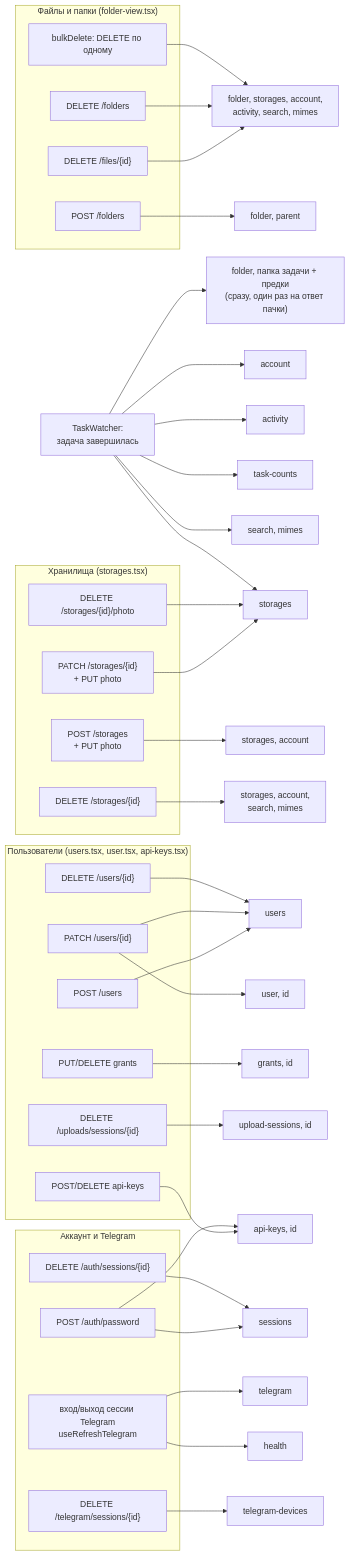
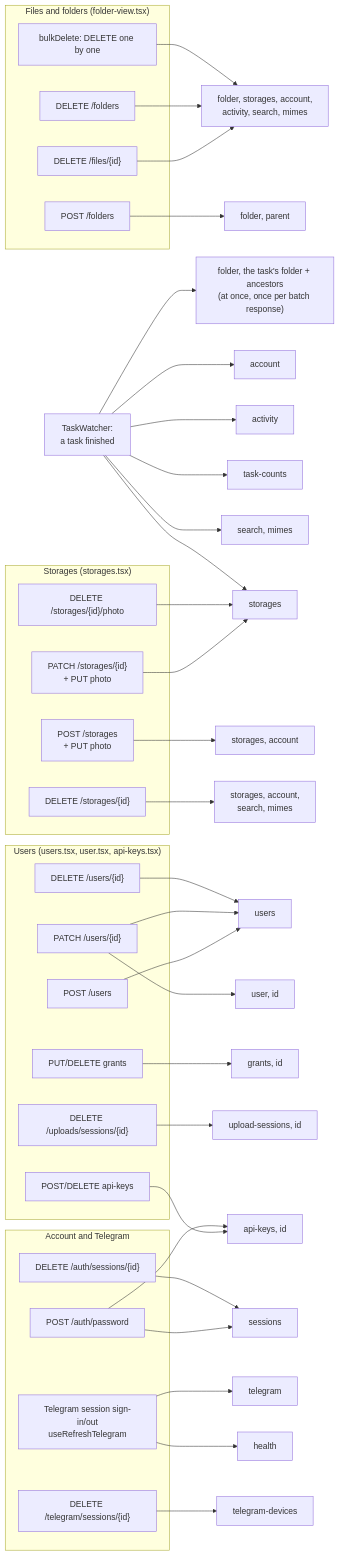
The first of 5 diagrams in docs/data-flow.md (NikitkaZXC/tcloud-frontend), drawn with Mermaid before and after one commit. The commit also changed other lines of this file and 8 other files, not shown here.

````diff
--- a/docs/data-flow.md
+++ b/docs/data-flow.md
@@ -39,56 +40,56 @@
 ```mermaid
 flowchart LR
-    subgraph files["Файлы и папки (folder-view.tsx)"]
+    subgraph files["Files and folders (folder-view.tsx)"]
         delFile["DELETE /files/{id}"]
         delFolder["DELETE /folders"]
-        bulk["bulkDelete: DELETE по одному"]
+        bulk["bulkDelete: DELETE one by one"]
         mkdir["POST /folders"]
     end
-    subgraph st["Хранилища (storages.tsx)"]
+    subgraph st["Storages (storages.tsx)"]
         stCreate["POST /storages<br/>+ PUT photo"]
         stSave["PATCH /storages/{id}<br/>+ PUT photo"]
         stPhoto["DELETE /storages/{id}/photo"]
         stDel["DELETE /storages/{id}"]
     end
-    subgraph adm["Пользователи (users.tsx, user.tsx, api-keys.tsx)"]
+    subgraph adm["Users (users.tsx, user.tsx, api-keys.tsx)"]
         uCreate["POST /users"]
         uPatch["PATCH /users/{id}"]
         uDel["DELETE /users/{id}"]
         grant["PUT/DELETE grants"]
         key["POST/DELETE api-keys"]
         upSess["DELETE /uploads/sessions/{id}"]
     end
-    subgraph acc["Аккаунт и Telegram"]
+    subgraph acc["Account and Telegram"]
         pwd["POST /auth/password"]
         sess["DELETE /auth/sessions/{id}"]
-        tgStep["вход/выход сессии Telegram<br/>useRefreshTelegram"]
+        tgStep["Telegram session sign-in/out<br/>useRefreshTelegram"]
         dev["DELETE /telegram/sessions/{id}"]
     end
-    watcher["TaskWatcher:<br/>задача завершилась"]
+    watcher["TaskWatcher:<br/>a task finished"]
 
     delFile & delFolder & bulk --> kDeleted["folder, storages, account,<br/>activity, search, mimes"]
     mkdir --> kFolderP["folder, parent"]
     stCreate --> kStorageAcc["storages, account"]
     stSave --> kStorages["storages"]
     stPhoto --> kStorages
     stDel --> kStorageDel["storages, account,<br/>search, mimes"]
     uCreate --> kUsers["users"]
     uPatch --> kUsers
     uPatch --> kUser["user, id"]
     uDel --> kUsers
     grant --> kGrants["grants, id"]
     key --> kKeys["api-keys, id"]
     upSess --> kUpSess["upload-sessions, id"]
     pwd --> kSessions["sessions"]
     pwd --> kKeys
     sess --> kSessions
     tgStep --> kTelegram["telegram"]
     tgStep --> kHealth["health"]
     dev --> kDevices["telegram-devices"]
-    watcher --> kFolderT["folder, папка задачи + предки<br/>(сразу, один раз на ответ пачки)"]
+    watcher --> kFolderT["folder, the task's folder + ancestors<br/>(at once, once per batch response)"]
     watcher --> kStorages
     watcher --> kAccount["account"]
     watcher --> kActivity["activity"]
     watcher --> kCounts["task-counts"]
     watcher --> kSearch["search, mimes"]
 ```
````
